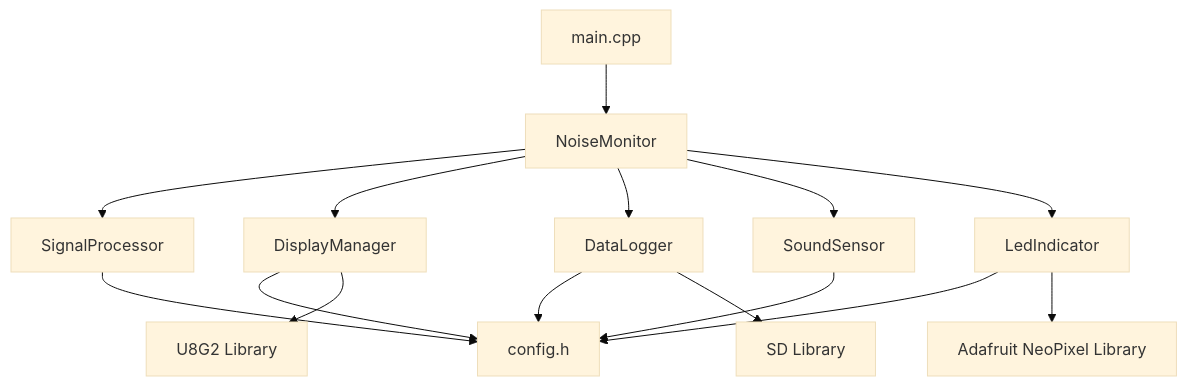
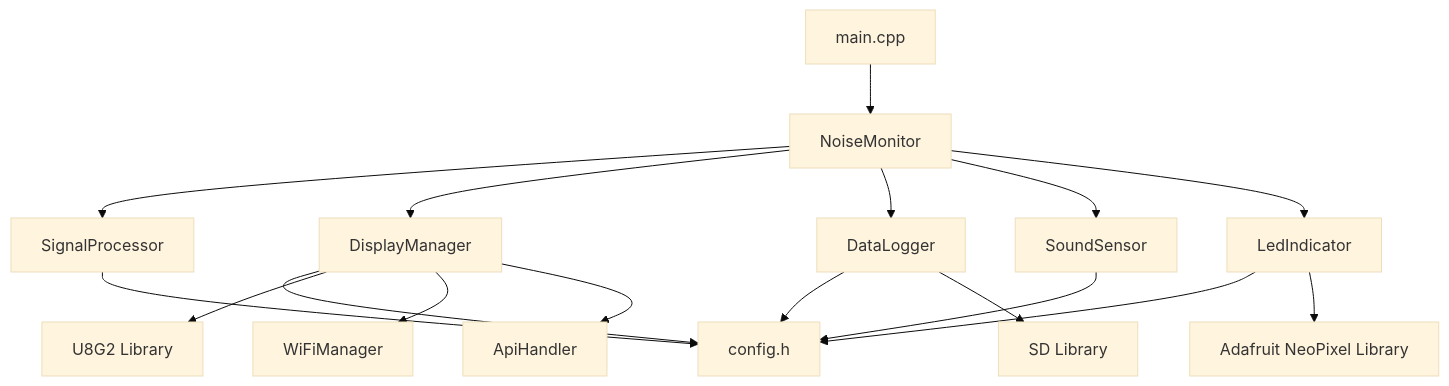
One commit to coloboxp/LoudTruth changed the diagram in doc/componentdeps.md. Above: the diagram before and after it, drawn with Mermaid (base theme). The commit also changed 8 other files, not shown here.

````diff
--- a/doc/componentdeps.md
+++ b/doc/componentdeps.md
@@ -3,19 +3,21 @@
 ```mermaid
 graph TD
 A[main.cpp] --> B[NoiseMonitor]
 B --> C[SignalProcessor]
 B --> D[DisplayManager]
 B --> E[DataLogger]
 B --> F[SoundSensor]
 B --> J[LedIndicator]
 
 C --> G[config.h]
 D --> G
 E --> G
 F --> G
 J --> G
 
 D --> H[U8G2 Library]
+D --> L[WiFiManager]
+D --> M[ApiHandler]
 E --> I[SD Library]
 J --> K[Adafruit NeoPixel Library]
 ```
````
